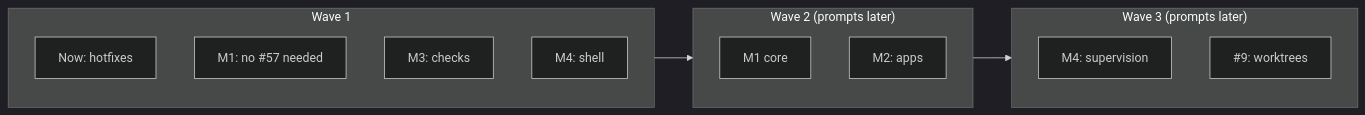
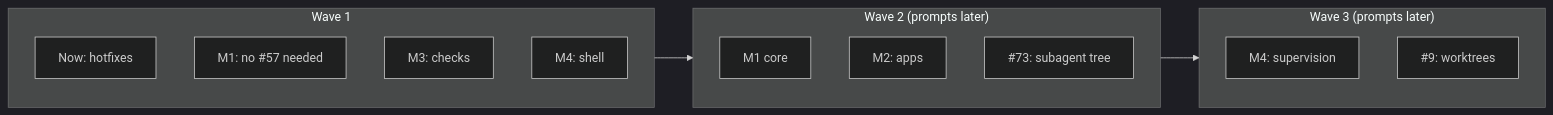
One commit to HJeon139/postbox changed the diagram in designs/prompts/README.md. Above: the diagram before and after it, drawn with Mermaid (dark theme). The commit also changed other lines of this file, not shown here.

Commit message:
Prompts: #73 (subagent tree) joins wave 2

````diff
--- a/designs/prompts/README.md
+++ b/designs/prompts/README.md
@@ -5,18 +5,19 @@
 ```mermaid
 flowchart LR
   subgraph w1["Wave 1"]
     a["Now: hotfixes"]
     b["M1: no #57 needed"]
     c["M3: checks"]
     d["M4: shell"]
   end
   subgraph w2["Wave 2 (prompts later)"]
     e["M1 core"]
     f["M2: apps"]
+    i["#73: subagent tree"]
   end
   subgraph w3["Wave 3 (prompts later)"]
     g["M4: supervision"]
     h["#9: worktrees"]
   end
   w1 --> w2 --> w3
 ```
````
